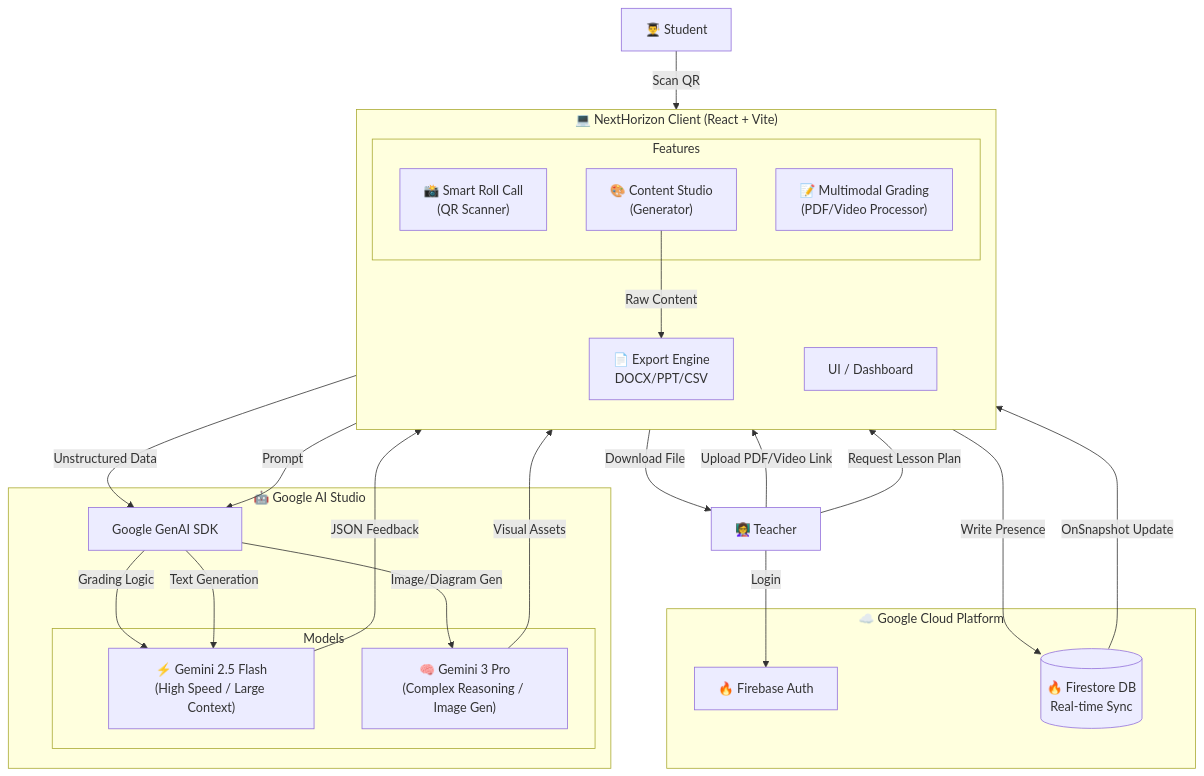
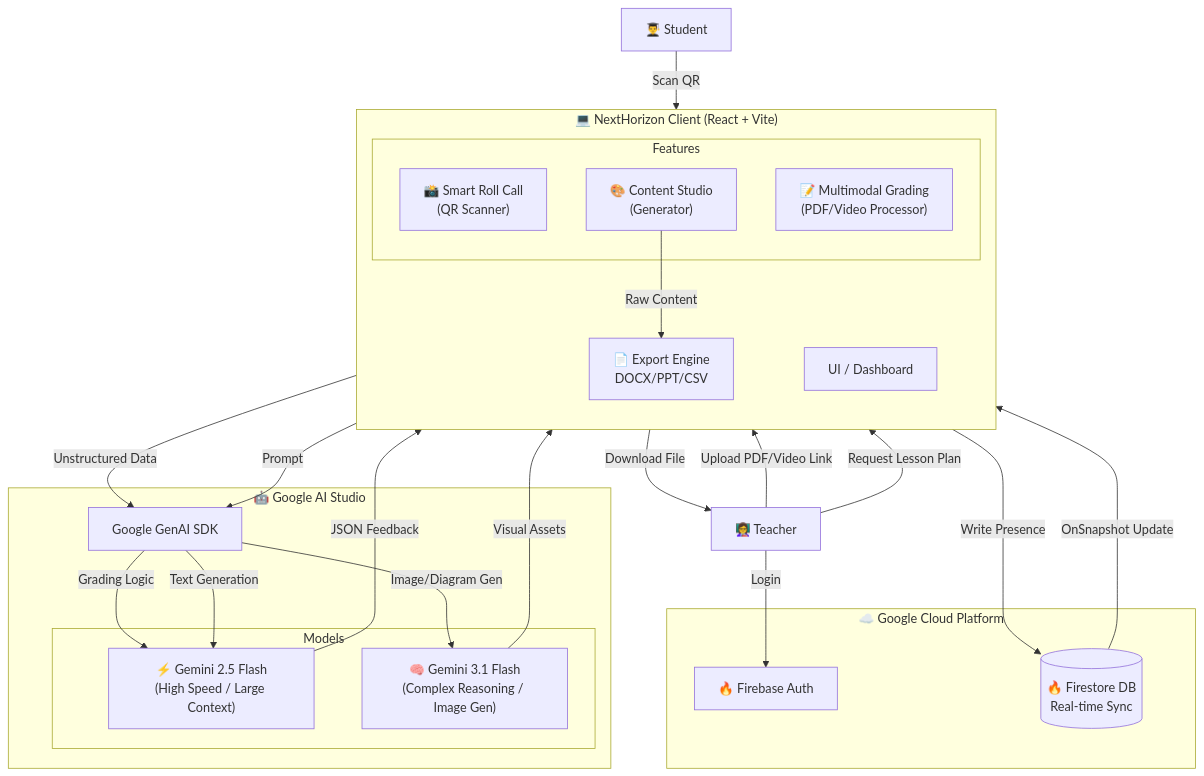
Before and after one commit to SuYeeMyatMoe/Kita_NextHorizon_EduAiSolution: the diagram in README.md, drawn with Mermaid. The commit also changed other lines of this file and 2 other files, not shown here.

Commit message:
Update gemini model

````diff
--- a/README.md
+++ b/README.md
@@ -104,52 +104,52 @@
 ```mermaid
 flowchart TD
     Teacher[👩‍🏫 Teacher]
     Student[👨‍🎓 Student]
 
     subgraph NextHorizon_Client ["💻 NextHorizon Client (React + Vite)"]
         direction TB
         Dashboard[UI / Dashboard]
         
         subgraph Features
             Att["📸 Smart Roll Call\n(QR Scanner)"]
             Grade["📝 Multimodal Grading\n(PDF/Video Processor)"]
             Studio["🎨 Content Studio\n(Generator)"]
         end
         
         Export["📄 Export Engine\nDOCX/PPT/CSV"]
     end
 
     subgraph Google_Cloud ["☁️ Google Cloud Platform"]
         Auth[🔥 Firebase Auth]
         DB[("🔥 Firestore DB\nReal-time Sync")]
     end
 
     subgraph AI_Engine ["🤖 Google AI Studio"]
         SDK[Google GenAI SDK]
         
         subgraph Models
             Flash["⚡ Gemini 2.5 Flash\n(High Speed / Large Context)"]
-            Pro["🧠 Gemini 3 Pro\n(Complex Reasoning / Image Gen)"]
+            Pro["🧠 Gemini 3.1 Flash\n(Complex Reasoning / Image Gen)"]
         end
     end
 
     Teacher -->|Login| Auth
     Student -->|Scan QR| Att
     
     Att -->|Write Presence| DB
     DB -->|OnSnapshot Update| Dashboard
 
     Teacher -->|Upload PDF/Video Link| Grade
     Grade -->|Unstructured Data| SDK
     SDK -->|Grading Logic| Flash
     Flash -->|JSON Feedback| Dashboard
 
     Teacher -->|Request Lesson Plan| Studio
     Studio -->|Prompt| SDK
     SDK -->|Text Generation| Flash
     SDK -->|Image/Diagram Gen| Pro
     Pro -->|Visual Assets| Studio
     
     Studio -->|Raw Content| Export
     Export -->|Download File| Teacher
 ```
````
